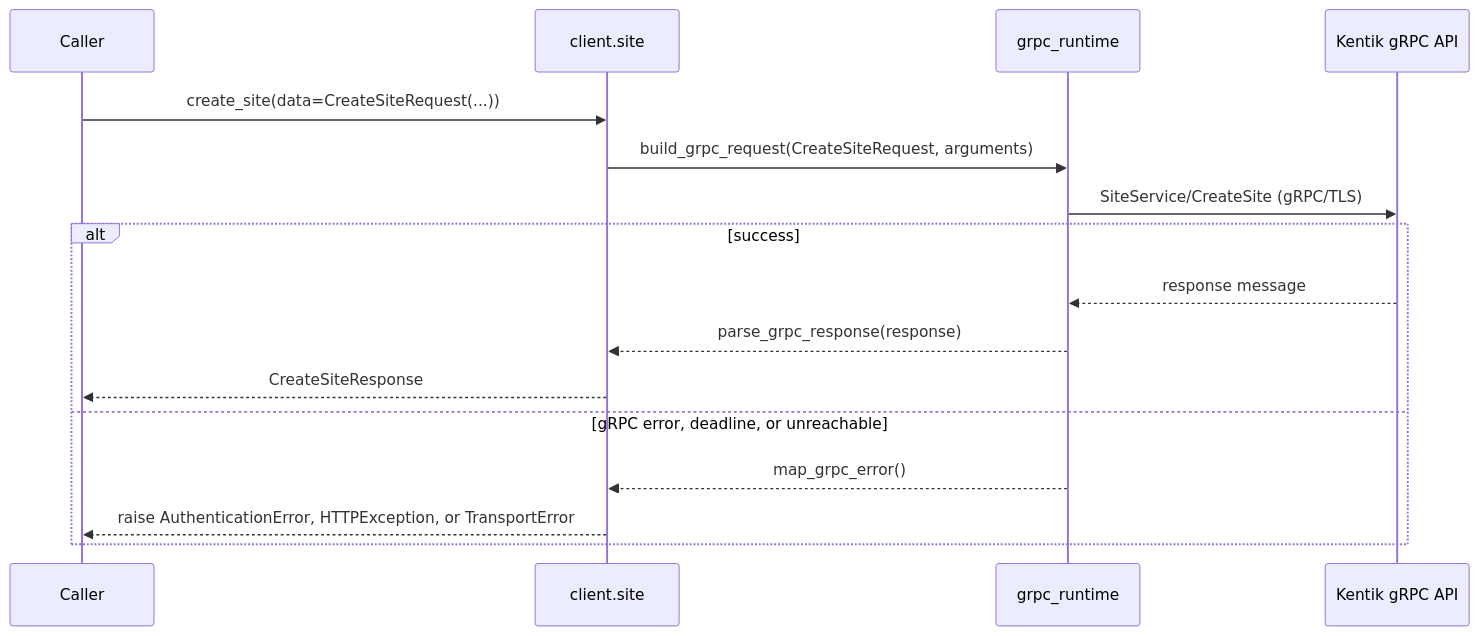
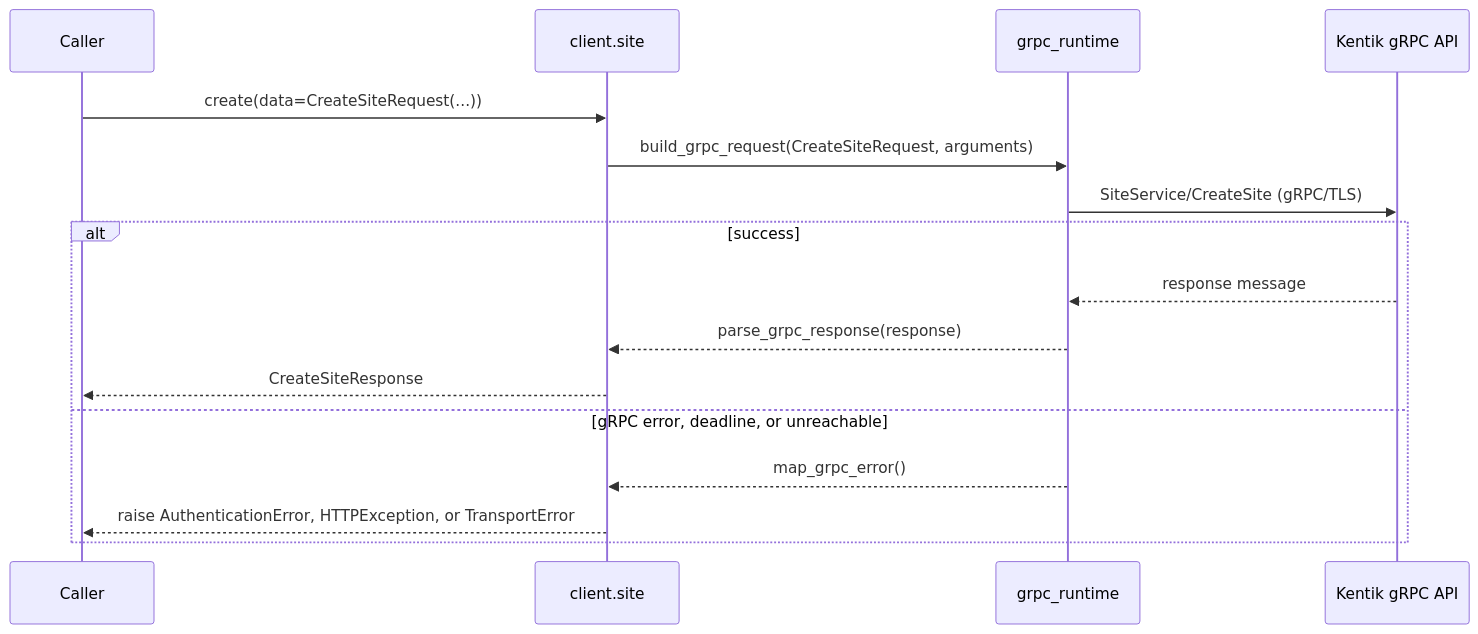
Before and after one commit to alexdearaujo/community_sdk_python: diagram 15 of 22 in docs/sphinx/services/site.md, drawn with Mermaid. The commit also changed other lines of this file and 119 other files, not shown here.

First line of the commit message:
feat!: drop the Service word from client method names (client.site.create)

````diff
--- a/docs/sphinx/services/site.md
+++ b/docs/sphinx/services/site.md
@@ -503,19 +503,19 @@
 ```mermaid
 sequenceDiagram
     participant C as Caller
     participant W as client.site
     participant R as grpc_runtime
     participant API as Kentik gRPC API
 
-    C->>W: create_site(data=CreateSiteRequest(...))
+    C->>W: create(data=CreateSiteRequest(...))
     W->>R: build_grpc_request(CreateSiteRequest, arguments)
     R->>API: SiteService/CreateSite (gRPC/TLS)
     alt success
         API-->>R: response message
         R-->>W: parse_grpc_response(response)
         W-->>C: CreateSiteResponse
     else gRPC error, deadline, or unreachable
         R-->>W: map_grpc_error()
         W-->>C: raise AuthenticationError, HTTPException, or TransportError
     end
 ```
````
